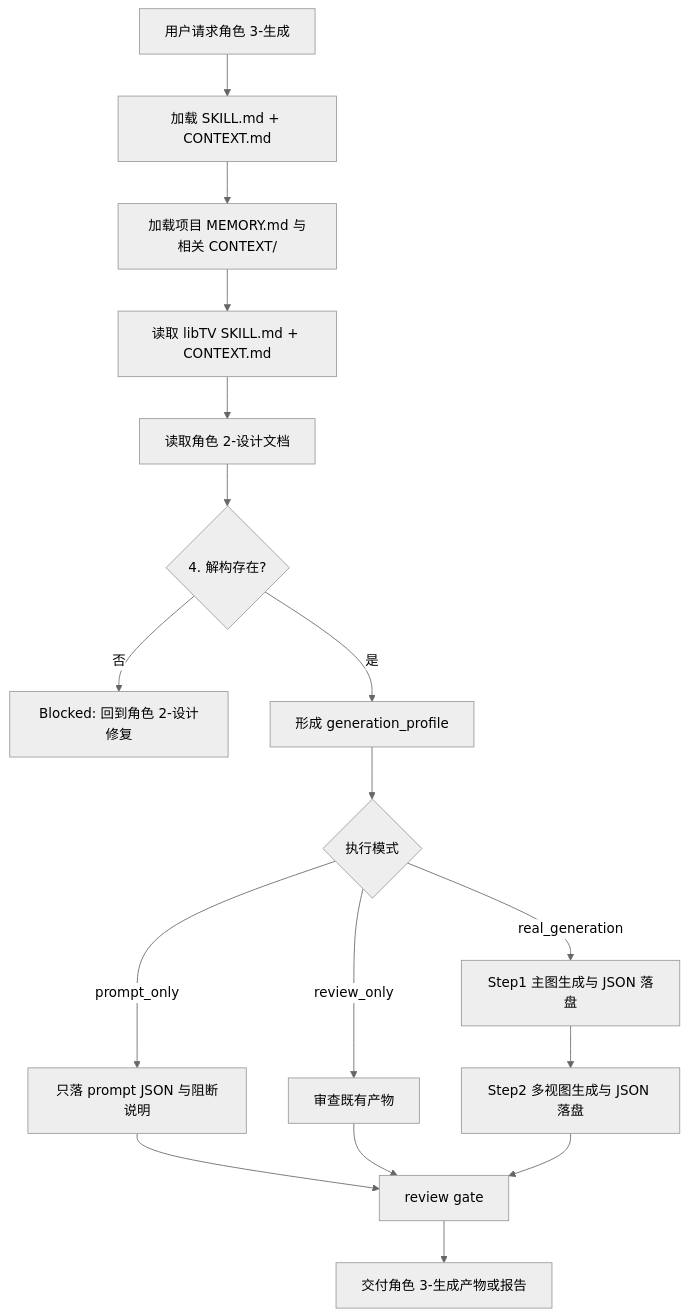
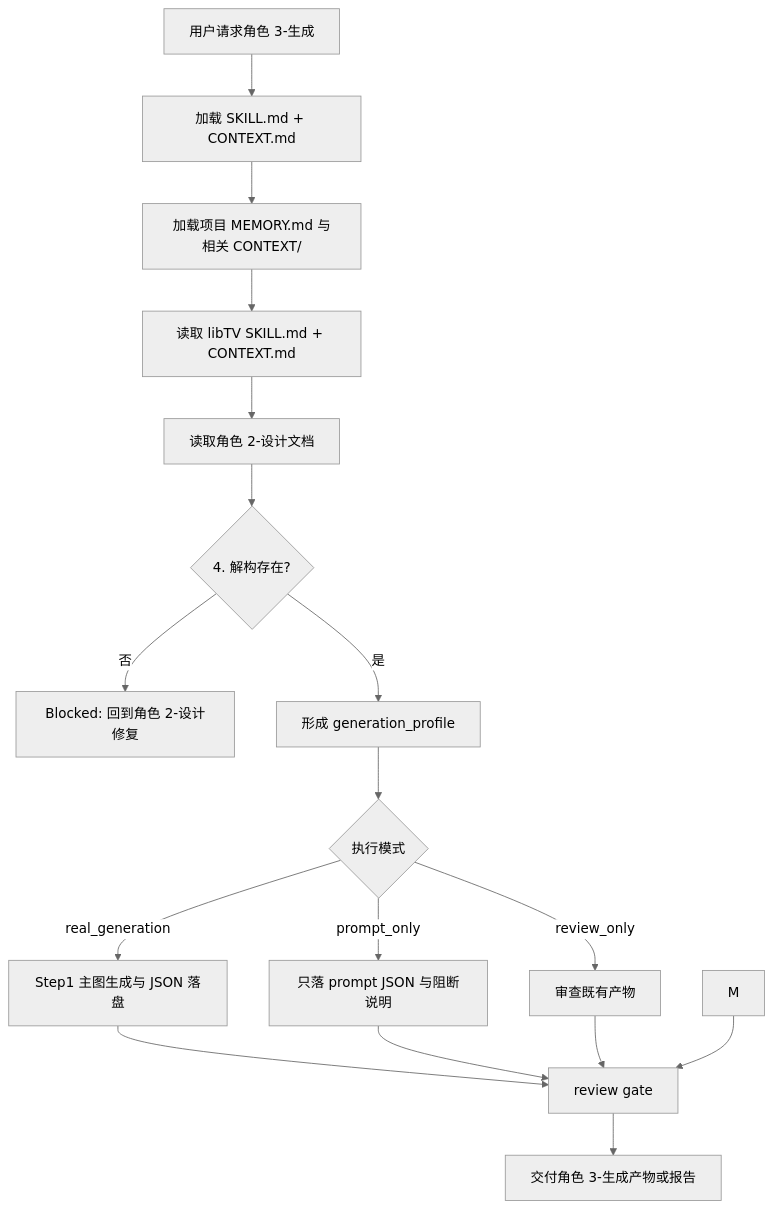
Before and after one commit to ZEN-VOID/AI-CUT: the first of 3 diagrams in .agents/skills/aigc/3-主体/角色/3-生成/SKILL.md, drawn with Mermaid (neutral theme). The commit also changed other lines of this file and 49 other files, not shown here.

````diff
--- a/.agents/skills/aigc/3-主体/角色/3-生成/SKILL.md
+++ b/.agents/skills/aigc/3-主体/角色/3-生成/SKILL.md
@@ -107,19 +115,19 @@
 ```mermaid
 flowchart TD
     A["用户请求角色 3-生成"] --> B["加载 SKILL.md + CONTEXT.md"]
     B --> C["加载项目 MEMORY.md 与相关 CONTEXT/"]
     C --> D["读取 libTV SKILL.md + CONTEXT.md"]
     D --> E["读取角色 2-设计文档"]
     E --> F{"4. 解构存在?"}
     F -->|"否"| G["Blocked: 回到角色 2-设计修复"]
     F -->|"是"| H["形成 generation_profile"]
     H --> I{"执行模式"}
     I -->|"real_generation"| J["Step1 主图生成与 JSON 落盘"]
     I -->|"prompt_only"| K["只落 prompt JSON 与阻断说明"]
     I -->|"review_only"| L["审查既有产物"]
-    J --> M["Step2 多视图生成与 JSON 落盘"]
+    J --> N["review gate"]
     K --> N["review gate"]
     L --> N
     M --> N
     N --> O["交付角色 3-生成产物或报告"]
 ```
````
